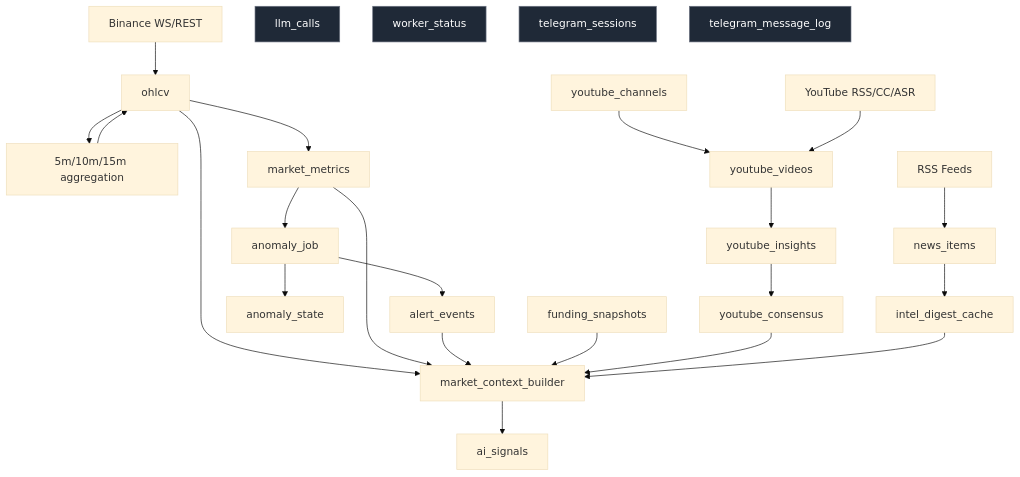
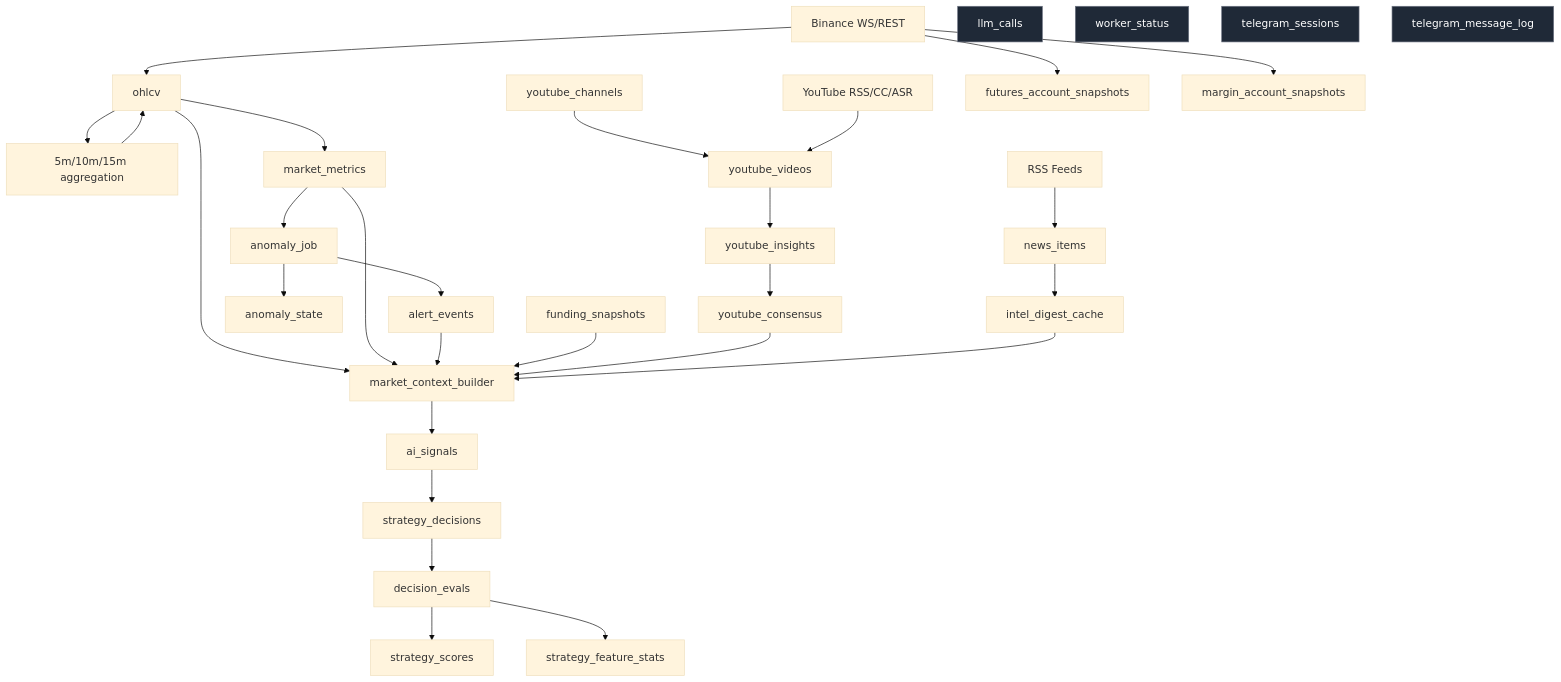
The fourth of 15 diagrams in docs/architecture_report.md (h14774819836-maker/crypto-sentinel), drawn with Mermaid (base theme) before and after one commit. The commit also changed other lines of this file and 97 other files, not shown here.

````diff
--- a/docs/architecture_report.md
+++ b/docs/architecture_report.md
@@ -484,34 +561,41 @@
 ```mermaid
 flowchart TD
     Binance["Binance WS/REST"] --> Ohlcv["ohlcv"]
     Ohlcv --> Agg["5m/10m/15m aggregation"]
     Agg --> Ohlcv
     Ohlcv --> Metric["market_metrics"]
 
     Metric --> Anomaly["anomaly_job"]
     Anomaly --> Alert["alert_events"]
     Anomaly --> State["anomaly_state"]
 
     Ohlcv --> AICTX["market_context_builder"]
     Metric --> AICTX
     Alert --> AICTX
     Funding["funding_snapshots"] --> AICTX
     YTCons["youtube_consensus"] --> AICTX
     IntelDigest["intel_digest_cache"] --> AICTX
     AICTX --> AISig["ai_signals"]
+    AISig --> StratDec["strategy_decisions"]
+    StratDec --> StratEval["decision_evals"]
+    StratEval --> StratScore["strategy_scores"]
+    StratEval --> StratFeat["strategy_feature_stats"]
 
     Channels["youtube_channels"] --> Videos["youtube_videos"]
     YTData["YouTube RSS/CC/ASR"] --> Videos
     Videos --> Insights["youtube_insights"]
     Insights --> YTCons
 
     IntelFeeds["RSS Feeds"] --> NewsItems["news_items"]
     NewsItems --> IntelDigest
 
+    Binance["Binance WS/REST"] --> FutSnap["futures_account_snapshots"]
+    Binance --> MarSnap["margin_account_snapshots"]
+
     LLMCalls["llm_calls"]:::obs
     WorkerStatus["worker_status"]:::obs
     TGSess["telegram_sessions"]:::obs
     TGLog["telegram_message_log"]:::obs
 
     classDef obs fill:#1f2937,stroke:#6b7280,color:#fff;
 ```
````
